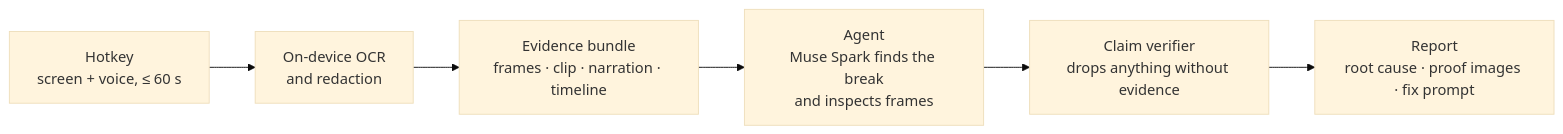
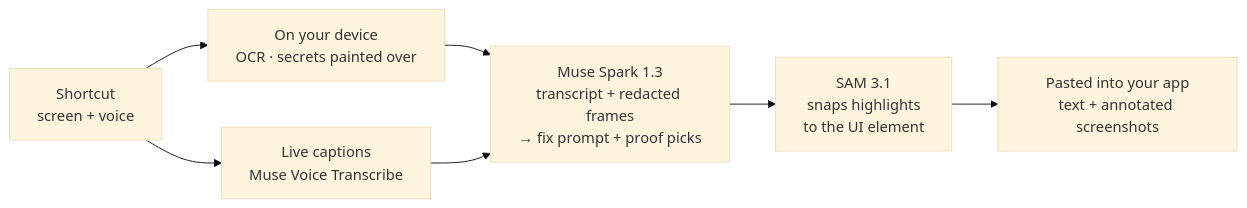
One commit to nikylogic/ivibe changed the diagram in README.md. Above: the diagram before and after it, drawn with Mermaid (base theme). The commit also changed other lines of this file and 2 other files, not shown here.

````diff
--- a/README.md
+++ b/README.md
@@ -46,8 +40,9 @@
 ```mermaid
 flowchart LR
-  A["Hotkey<br/>screen + voice, ≤ 60 s"] --> B["On-device OCR<br/>and redaction"]
-  B --> C["Evidence bundle<br/>frames · clip · narration · timeline"]
-  C --> D["Agent<br/>Muse Spark finds the break<br/>and inspects frames"]
-  D --> E["Claim verifier<br/>drops anything without evidence"]
-  E --> F["Report<br/>root cause · proof images · fix prompt"]
+  A["Shortcut<br/>screen + voice"] --> B["On your device<br/>OCR · secrets painted over"]
+  A --> C["Live captions<br/>Muse Voice Transcribe"]
+  B --> D["Muse Spark 1.3<br/>transcript + redacted frames<br/>→ fix prompt + proof picks"]
+  C --> D
+  D --> E["SAM 3.1<br/>snaps highlights<br/>to the UI element"]
+  E --> F["Pasted into your app<br/>text + annotated screenshots"]
 ```
````
